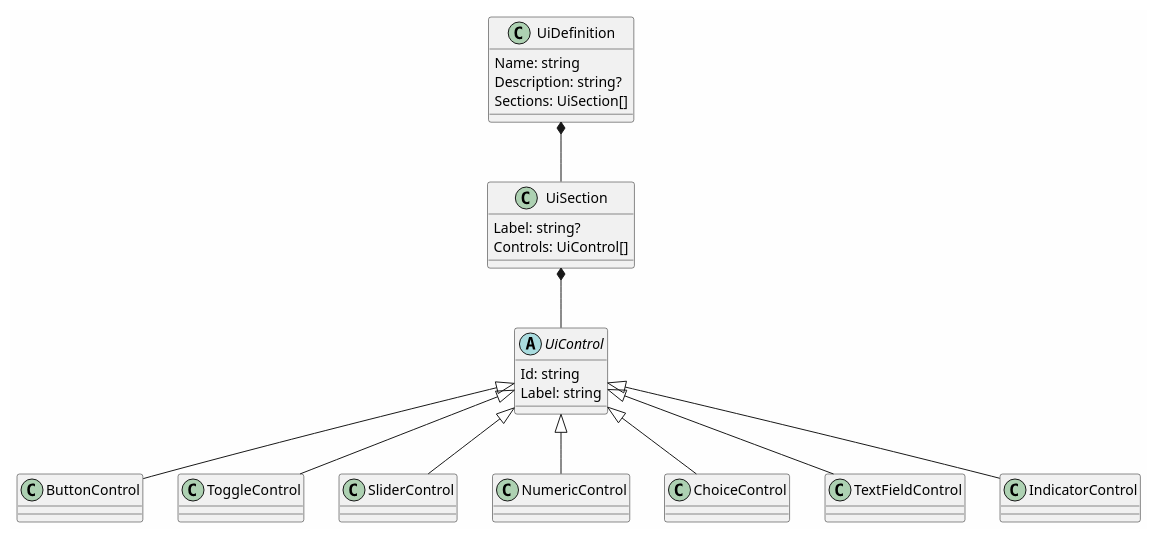
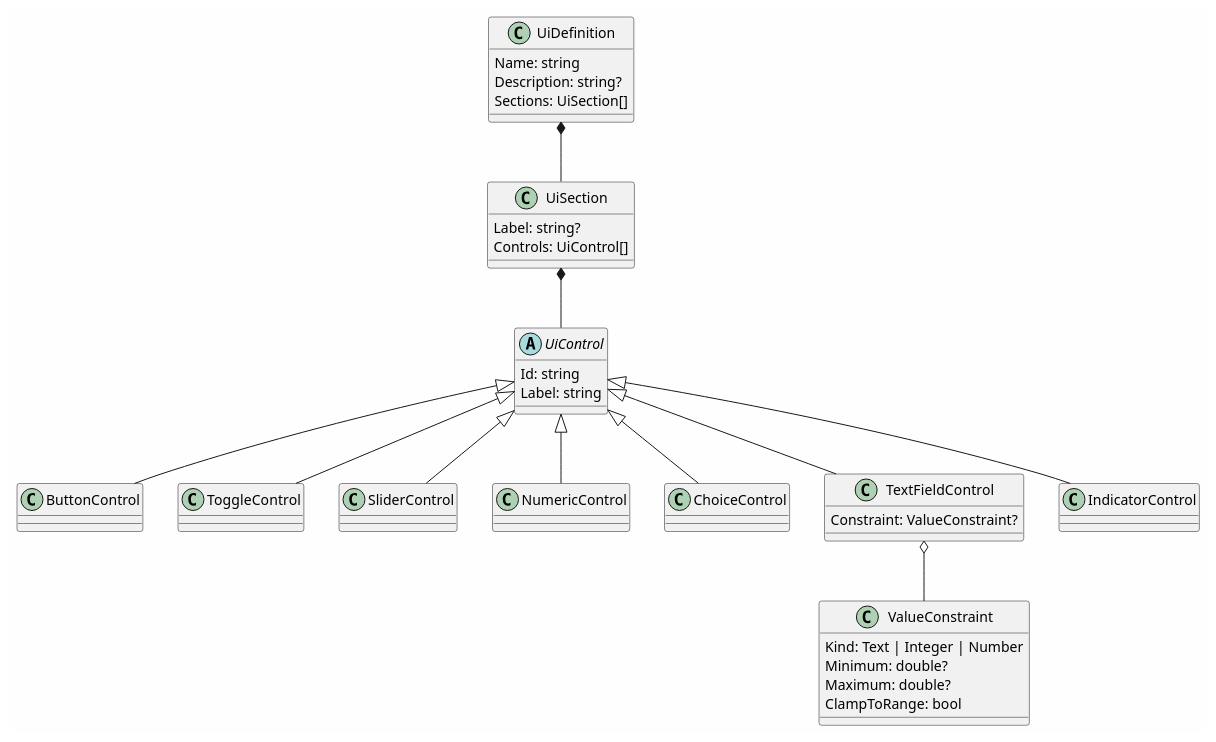
Before and after one commit to OutOfBandDevelopment/dev-term: the first of 2 diagrams in docs/design/ui-definitions.md, drawn with PlantUML. The commit also changed other lines of this file and 41 other files, not shown here.

First line of the commit message:
Control panels: collapsible sections, aligned labels, command preview, Notes, value constraints

````diff
--- a/docs/design/ui-definitions.md
+++ b/docs/design/ui-definitions.md
@@ -71,36 +80,45 @@
 ```plantuml
 @startuml
 skinparam backgroundColor #FEFEFE
 
 class UiDefinition {
   Name: string
   Description: string?
   Sections: UiSection[]
 }
 class UiSection {
   Label: string?
   Controls: UiControl[]
 }
 abstract class UiControl {
   Id: string
   Label: string
 }
 class ButtonControl
 class ToggleControl
 class SliderControl
 class NumericControl
 class ChoiceControl
-class TextFieldControl
+class TextFieldControl {
+  Constraint: ValueConstraint?
+}
 class IndicatorControl
+class ValueConstraint {
+  Kind: Text | Integer | Number
+  Minimum: double?
+  Maximum: double?
+  ClampToRange: bool
+}
 
 UiDefinition *-- UiSection
 UiSection *-- UiControl
+TextFieldControl o-- ValueConstraint
 UiControl <|-- ButtonControl
 UiControl <|-- ToggleControl
 UiControl <|-- SliderControl
 UiControl <|-- NumericControl
 UiControl <|-- ChoiceControl
 UiControl <|-- TextFieldControl
 UiControl <|-- IndicatorControl
 @enduml
 ```
````
